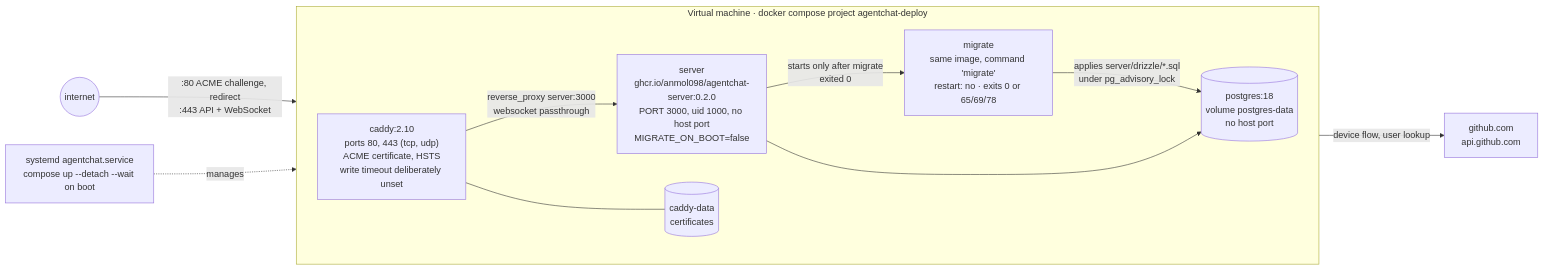
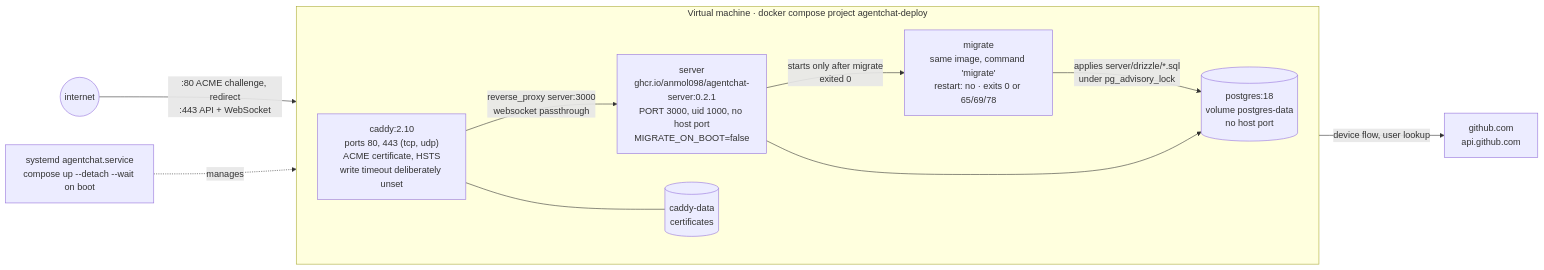
One commit to anmol098/agentchat changed the third of 16 diagrams in docs/system-design.md. Above: the diagram before and after it, drawn with Mermaid. The commit also changed other lines of this file and 17 other files, not shown here.

````diff
--- a/docs/system-design.md
+++ b/docs/system-design.md
@@ -124,20 +124,20 @@
 ```mermaid
 flowchart LR
   NET(("internet"))
   subgraph VM["Virtual machine · docker compose project agentchat-deploy"]
     direction LR
     CADDY["caddy:2.10<br/>ports 80, 443 (tcp, udp)<br/>ACME certificate, HSTS<br/>write timeout deliberately unset"]
     MIG["migrate<br/>same image, command 'migrate'<br/>restart: no · exits 0 or 65/69/78"]
-    SRV["server<br/>ghcr.io/anmol098/agentchat-server:0.2.0<br/>PORT 3000, uid 1000, no host port<br/>MIGRATE_ON_BOOT=false"]
+    SRV["server<br/>ghcr.io/anmol098/agentchat-server:0.2.1<br/>PORT 3000, uid 1000, no host port<br/>MIGRATE_ON_BOOT=false"]
     PG[("postgres:18<br/>volume postgres-data<br/>no host port")]
     CVOL[("caddy-data<br/>certificates")]
     CADDY -- "reverse_proxy server:3000<br/>websocket passthrough" --> SRV
     MIG -- "applies server/drizzle/*.sql<br/>under pg_advisory_lock" --> PG
     SRV -- "starts only after migrate<br/>exited 0" --> MIG
     SRV --> PG
     CADDY --- CVOL
   end
   NET -- ":80 ACME challenge, redirect<br/>:443 API + WebSocket" --> CADDY
   SRV -- "device flow, user lookup" --> GH["github.com<br/>api.github.com"]
   SYSD["systemd agentchat.service<br/>compose up --detach --wait on boot"] -. manages .-> VM
 ```
````
